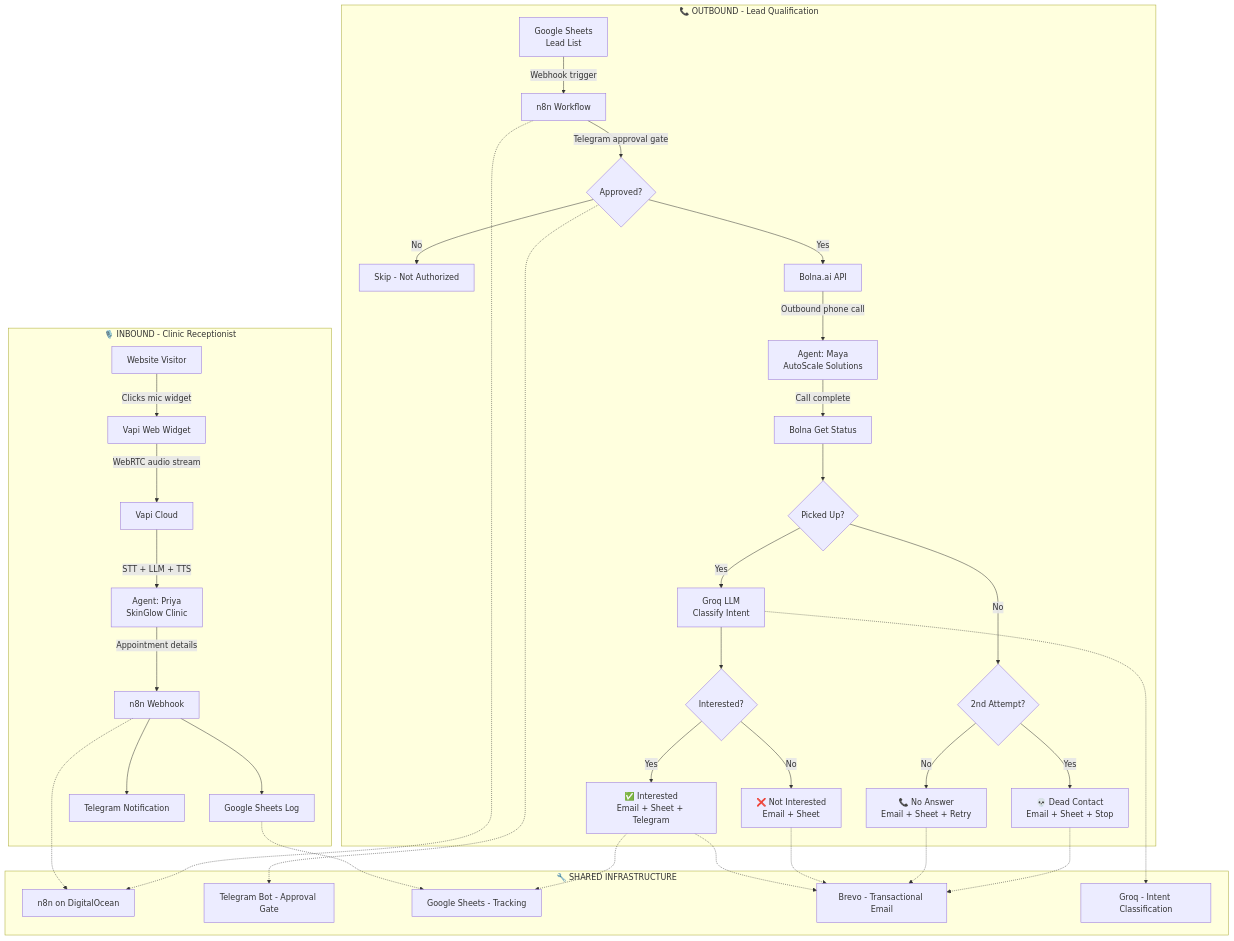
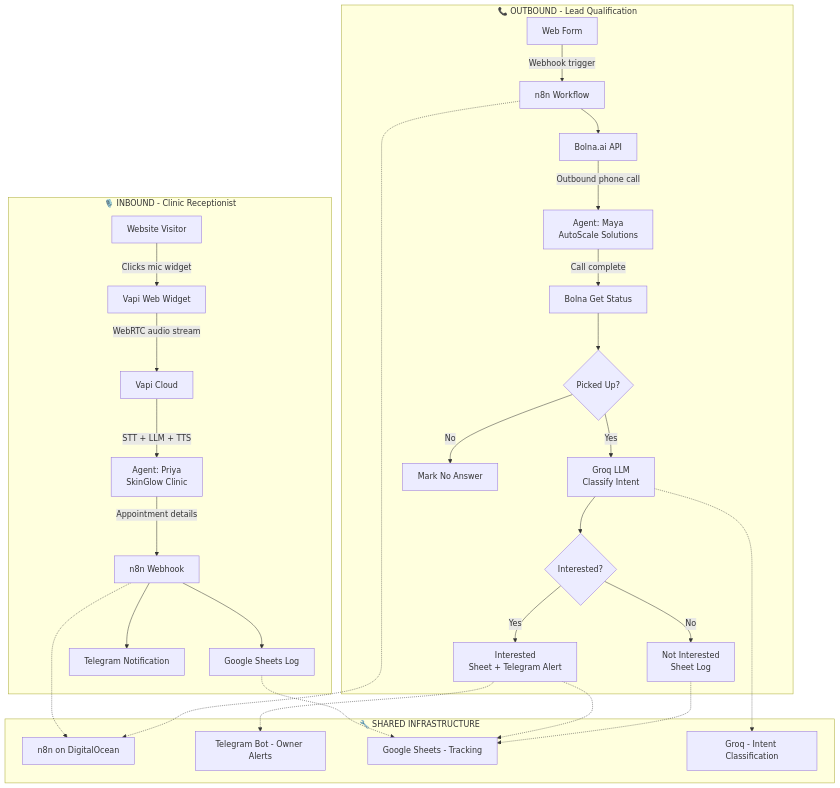
The first of 2 diagrams in README.md (utkarshkapoor95/ai-voice-agent), drawn with Mermaid before and after one commit. The commit also changed other lines of this file and 1 other file, not shown here.

Commit message:
UI overhaul: SVG icons, architecture viz, updated pipeline docs

````diff
--- a/README.md
+++ b/README.md
@@ -26,47 +26,39 @@
 ```mermaid
 flowchart TB
     subgraph INBOUND["🎙️ INBOUND - Clinic Receptionist"]
         V1[Website Visitor] -->|Clicks mic widget| V2[Vapi Web Widget]
         V2 -->|WebRTC audio stream| V3[Vapi Cloud]
         V3 -->|STT + LLM + TTS| V4["Agent: Priya<br/>SkinGlow Clinic"]
         V4 -->|Appointment details| V5[n8n Webhook]
         V5 --> V6[Google Sheets Log]
         V5 --> V7[Telegram Notification]
     end
 
     subgraph OUTBOUND["📞 OUTBOUND - Lead Qualification"]
-        O1[Google Sheets<br/>Lead List] -->|Webhook trigger| O2[n8n Workflow]
-        O2 -->|Telegram approval gate| O3{Approved?}
-        O3 -->|No| O4[Skip - Not Authorized]
-        O3 -->|Yes| O5[Bolna.ai API]
+        O1[Web Form] -->|Webhook trigger| O2[n8n Workflow]
+        O2 --> O5[Bolna.ai API]
         O5 -->|Outbound phone call| O6["Agent: Maya<br/>AutoScale Solutions"]
         O6 -->|Call complete| O7[Bolna Get Status]
         O7 --> O8{Picked Up?}
         O8 -->|Yes| O9[Groq LLM<br/>Classify Intent]
-        O8 -->|No| O10{2nd Attempt?}
+        O8 -->|No| O10[Mark No Answer]
         O9 --> O11{Interested?}
-        O11 -->|Yes| O12["✅ Interested<br/>Email + Sheet + Telegram"]
-        O11 -->|No| O13["❌ Not Interested<br/>Email + Sheet"]
-        O10 -->|No| O14["📞 No Answer<br/>Email + Sheet + Retry"]
-        O10 -->|Yes| O15["💀 Dead Contact<br/>Email + Sheet + Stop"]
+        O11 -->|Yes| O12["Interested<br/>Sheet + Telegram Alert"]
+        O11 -->|No| O13["Not Interested<br/>Sheet Log"]
     end
 
     subgraph SHARED["🔧 SHARED INFRASTRUCTURE"]
         S1[n8n on DigitalOcean]
-        S2[Telegram Bot - Approval Gate]
+        S2[Telegram Bot - Owner Alerts]
         S3[Google Sheets - Tracking]
-        S4[Brevo - Transactional Email]
         S5[Groq - Intent Classification]
     end
 
     V5 -.-> S1
     O2 -.-> S1
-    O3 -.-> S2
+    O12 -.-> S2
     V6 -.-> S3
     O12 -.-> S3
-    O12 -.-> S4
-    O13 -.-> S4
-    O14 -.-> S4
-    O15 -.-> S4
+    O13 -.-> S3
     O9 -.-> S5
 ```
````
